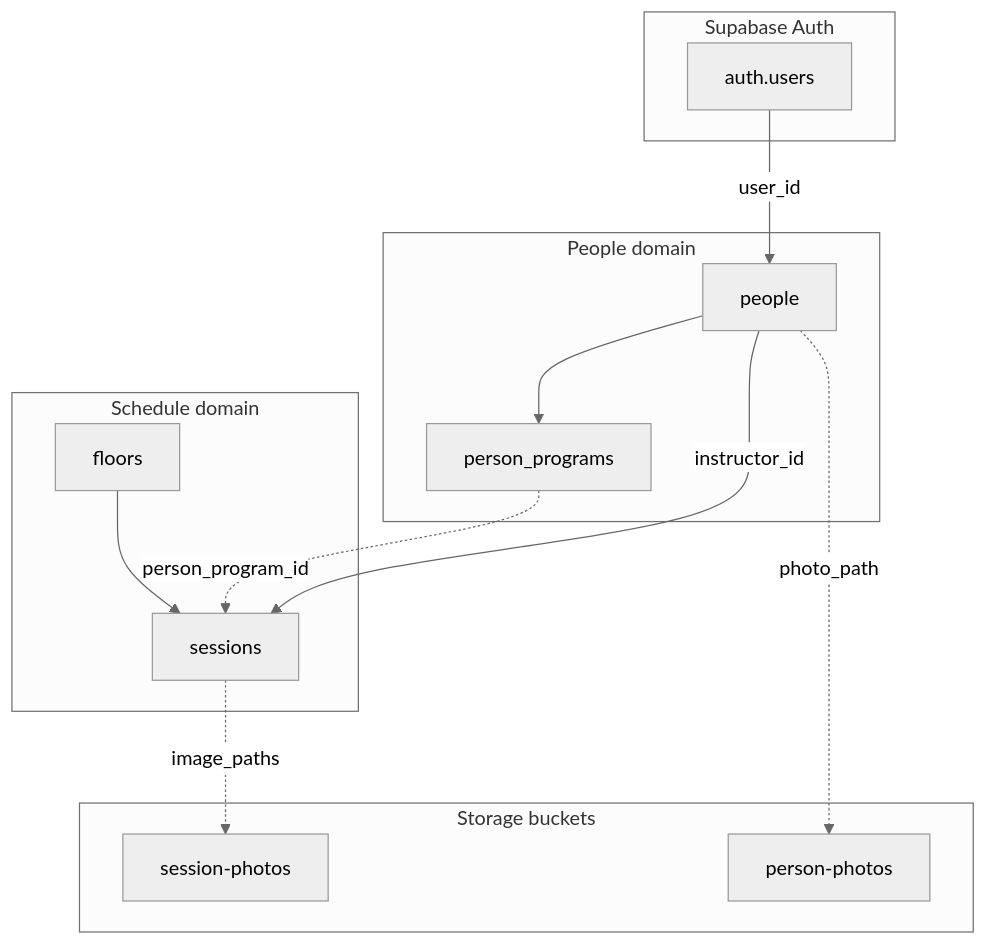
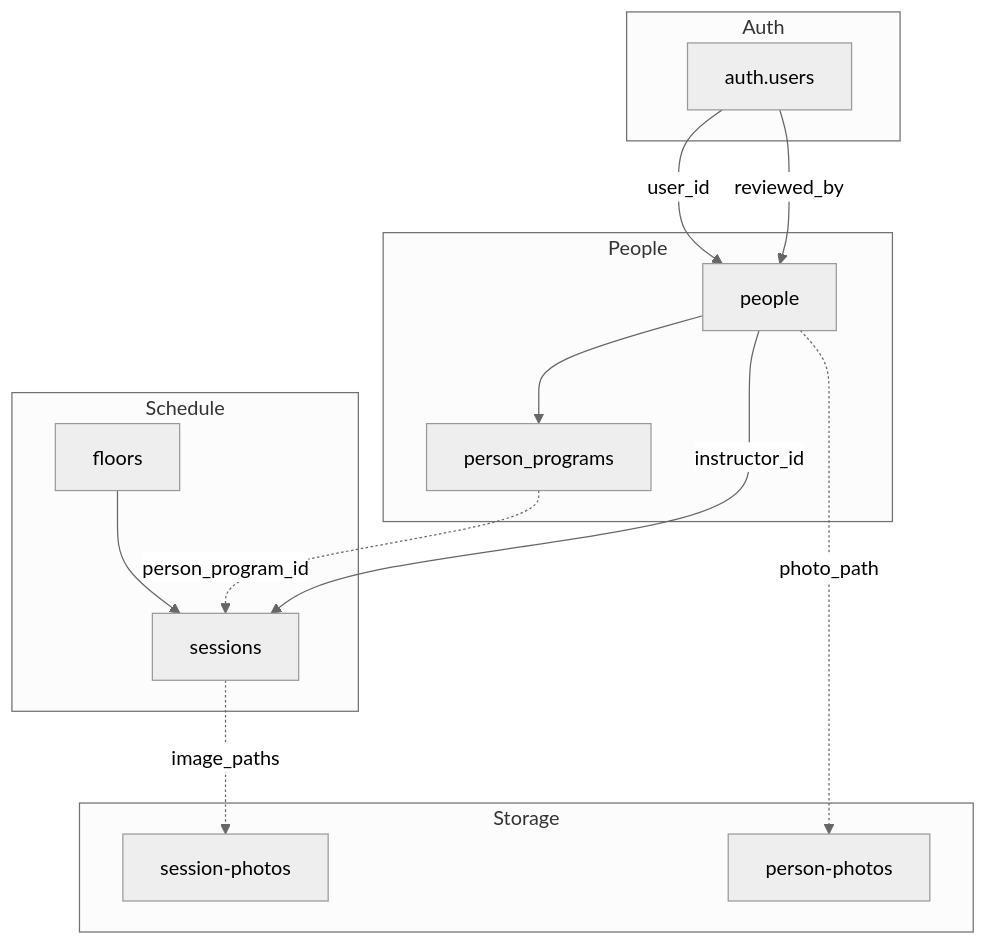
The second of 3 diagrams in docs/database-erd.md (greatgiho/thewellnesskorea), drawn with Mermaid (neutral theme) before and after one commit. The commit also changed other lines of this file and 4 other files, not shown here.

````diff
--- a/docs/database-erd.md
+++ b/docs/database-erd.md
@@ -102,29 +105,30 @@
 ```mermaid
 flowchart TB
-    subgraph auth [Supabase Auth]
+    subgraph auth_domain [Auth]
         AU[auth.users]
     end
 
-    subgraph people_domain [People domain]
+    subgraph people_domain [People]
         P[people]
         PP[person_programs]
         P --> PP
     end
 
-    subgraph schedule_domain [Schedule domain]
+    subgraph schedule_domain [Schedule]
         F[floors]
         S[sessions]
         F --> S
     end
 
-    subgraph storage [Storage buckets]
+    subgraph storage_domain [Storage]
         BP[person-photos]
         BS[session-photos]
     end
 
     AU -->|user_id| P
+    AU -->|reviewed_by| P
     P -->|instructor_id| S
     PP -.->|person_program_id| S
     P -.->|photo_path| BP
     S -.->|image_paths| BS
 ```
````
